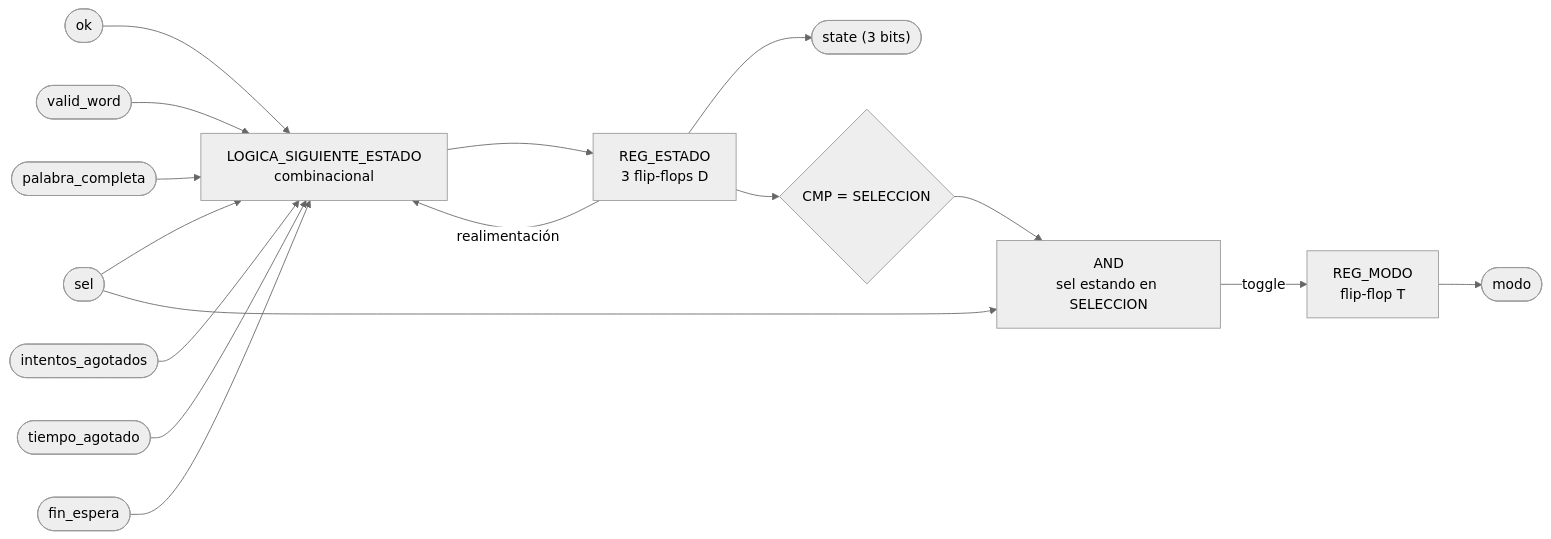
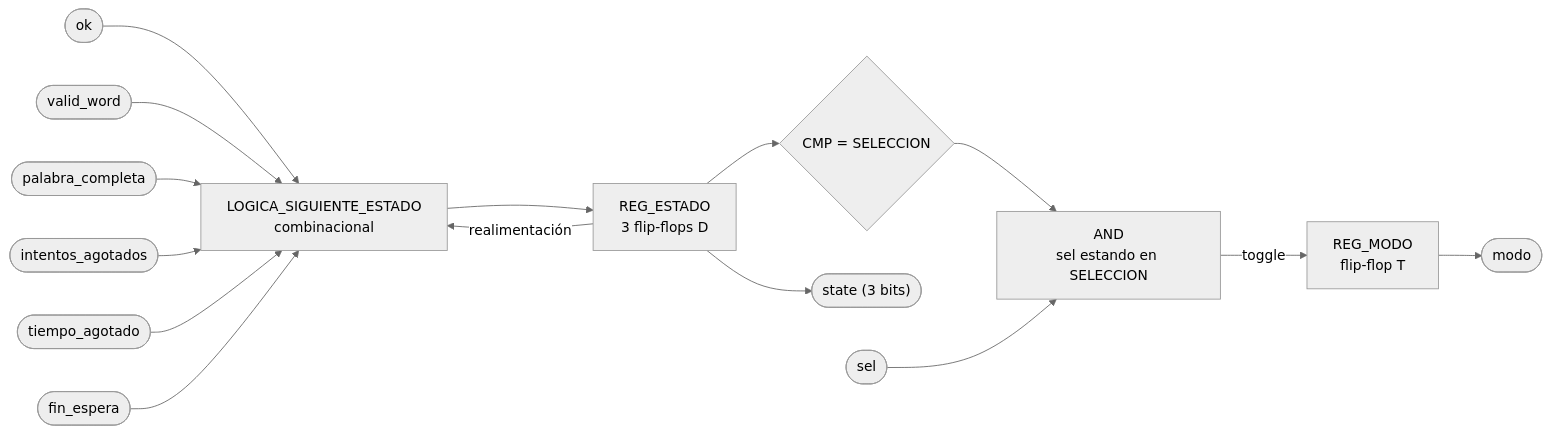
One commit to Taller-de-diseno-digital-GR01/Proyecto-2-Ahorcado changed the diagram in docs/diseño/modulos/M13_FSM.md. Above: the diagram before and after it, drawn with Mermaid (neutral theme). The commit also changed other lines of this file and 7 other files, not shown here.

````diff
--- a/docs/diseño/modulos/M13_FSM.md
+++ b/docs/diseño/modulos/M13_FSM.md
@@ -211,18 +233,18 @@
 ```mermaid
 flowchart LR
     IN_OK(["ok"]) --> LSE["LOGICA_SIGUIENTE_ESTADO<br/>combinacional"]
-    IN_SEL(["sel"]) --> LSE
+    IN_SEL(["sel"])
     IN_VW(["valid_word"]) --> LSE
     IN_PC(["palabra_completa"]) --> LSE
     IN_IA(["intentos_agotados"]) --> LSE
     IN_TA(["tiempo_agotado"]) --> LSE
     IN_FE(["fin_espera"]) --> LSE
     LSE --> REG_ST["REG_ESTADO<br/>3 flip-flops D"]
     REG_ST -->|realimentación| LSE
     REG_ST --> OUT_ST(["state (3 bits)"])
     REG_ST --> CMP_SEL{"CMP = SELECCION"}
     CMP_SEL --> AND_M["AND<br/>sel estando en SELECCION"]
     IN_SEL --> AND_M
     AND_M -->|toggle| REG_MODO["REG_MODO<br/>flip-flop T"]
     REG_MODO --> OUT_MODO(["modo"])
 ```
````
